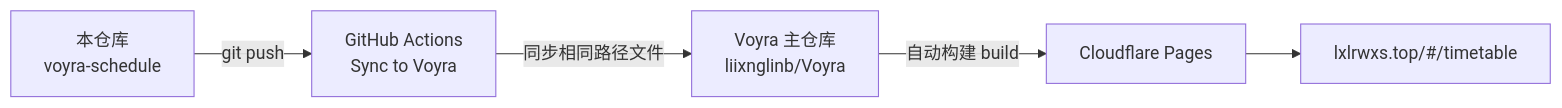
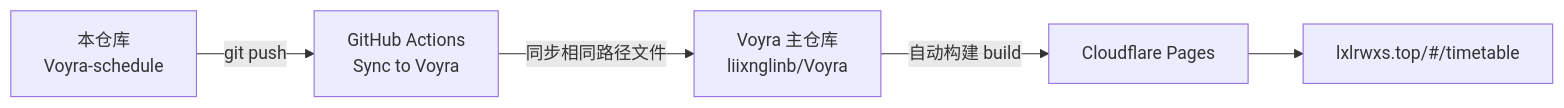
Before and after one commit to liixnglinb/voyra-schedule: the diagram in README.md, drawn with Mermaid. The commit also changed other lines of this file, not shown here.

Commit message:
docs: repo renamed voyra-schedule -> Voyra-schedule, update README links

````diff
--- a/README.md
+++ b/README.md
@@ -72,7 +72,7 @@
 ```mermaid
 flowchart LR
-  A["本仓库<br/>voyra-schedule"] -->|git push| B["GitHub Actions<br/>Sync to Voyra"]
+  A["本仓库<br/>Voyra-schedule"] -->|git push| B["GitHub Actions<br/>Sync to Voyra"]
   B -->|同步相同路径文件| C["Voyra 主仓库<br/>liixnglinb/Voyra"]
   C -->|自动构建 build| D["Cloudflare Pages"]
   D --> E["lxlrwxs.top/#/timetable"]
 ```
````
